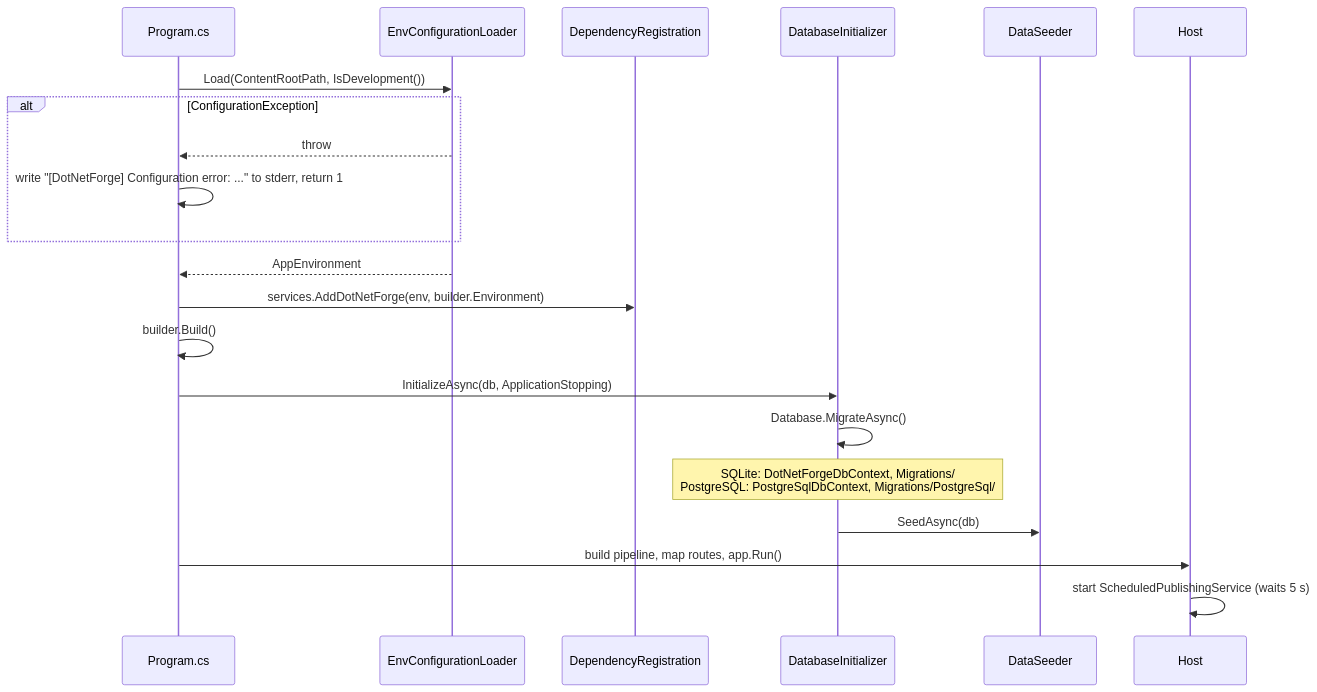
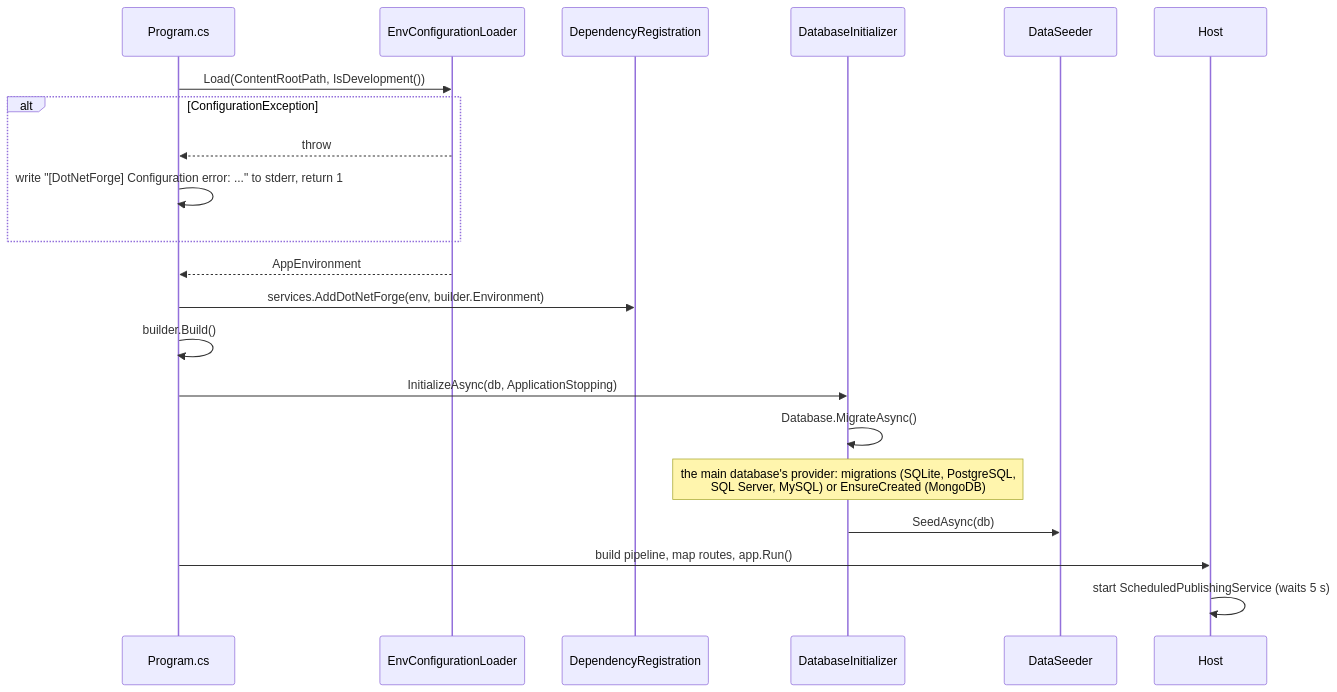
The first of 12 diagrams in .docs/architecture/data-flow.md (Albadit/DotNetForge), drawn with Mermaid before and after one commit. The commit also changed other lines of this file and 90 other files, not shown here.

````diff
--- a/.docs/architecture/data-flow.md
+++ b/.docs/architecture/data-flow.md
@@ -10,23 +10,23 @@
 ```mermaid
 sequenceDiagram
     participant P as Program.cs
     participant L as EnvConfigurationLoader
     participant DI as DependencyRegistration
     participant DBI as DatabaseInitializer
     participant S as DataSeeder
     participant H as Host
     P->>L: Load(ContentRootPath, IsDevelopment())
     alt ConfigurationException
         L-->>P: throw
         P->>P: write "[DotNetForge] Configuration error: ..." to stderr, return 1
     end
     L-->>P: AppEnvironment
     P->>DI: services.AddDotNetForge(env, builder.Environment)
     P->>P: builder.Build()
     P->>DBI: InitializeAsync(db, ApplicationStopping)
     DBI->>DBI: Database.MigrateAsync()
-    Note over DBI: SQLite: DotNetForgeDbContext, Migrations/<br/>PostgreSQL: PostgreSqlDbContext, Migrations/PostgreSql/
+    Note over DBI: the main database's provider: migrations (SQLite, PostgreSQL,<br/>SQL Server, MySQL) or EnsureCreated (MongoDB)
     DBI->>S: SeedAsync(db)
     P->>H: build pipeline, map routes, app.Run()
     H->>H: start ScheduledPublishingService (waits 5 s)
 ```
````
